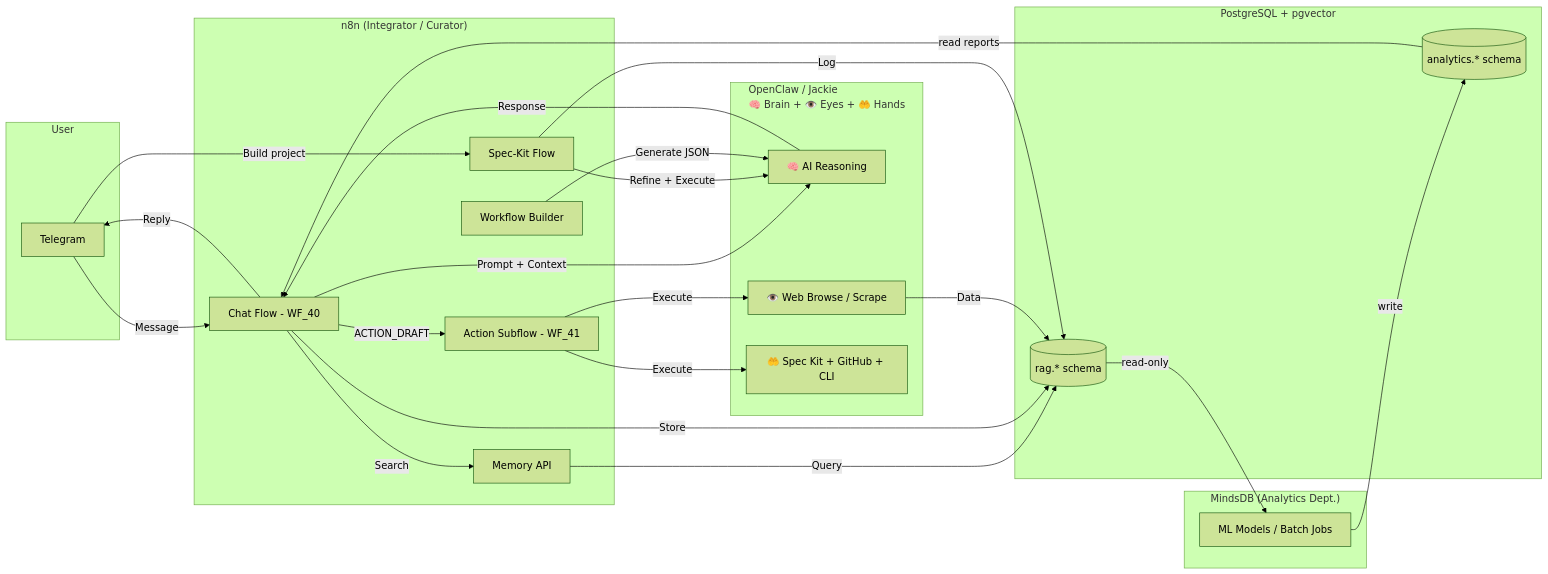
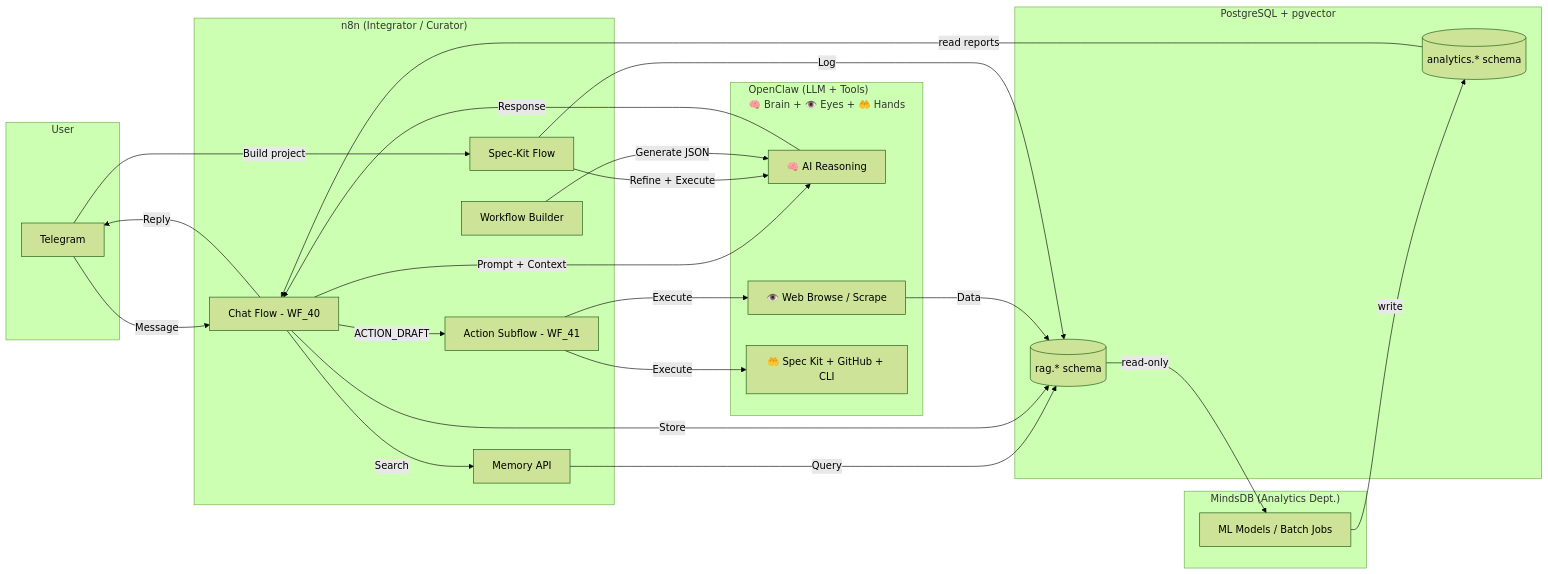
The diagram in README.md (HonzaHezina/janAGI), drawn with Mermaid (forest theme) before and after one commit. The commit also changed other lines of this file and 6 other files, not shown here.

First line of the commit message:
docs: fix OpenClaw/Jackie relationship — OpenClaw is LLM, Jackie is agent persona

````diff
--- a/README.md
+++ b/README.md
@@ -23,53 +26,53 @@
 ```mermaid
 flowchart LR
   subgraph User
     TG[Telegram]
   end
 
   subgraph Integrator["n8n (Integrator / Curator)"]
     CHAT[Chat Flow - WF_40]
     ACTION[Action Subflow - WF_41]
     SPEC[Spec-Kit Flow]
     MEM_API[Memory API]
     BUILDER[Workflow Builder]
   end
 
   subgraph Data["PostgreSQL + pgvector"]
     RAG[(rag.* schema)]
     ANA[(analytics.* schema)]
   end
 
-  subgraph Agent["OpenClaw / Jackie
+  subgraph Agent["OpenClaw (LLM + Tools)
   🧠 Brain + 👁️ Eyes + 🤲 Hands"]
     LLM[🧠 AI Reasoning]
     WEB[👁️ Web Browse / Scrape]
     TOOLS[🤲 Spec Kit + GitHub + CLI]
   end
 
   subgraph Analytics["MindsDB (Analytics Dept.)"]
     ML[ML Models / Batch Jobs]
   end
 
   TG -->|Message| CHAT
   CHAT -->|Search| MEM_API
   MEM_API -->|Query| RAG
   CHAT -->|Prompt + Context| LLM
   LLM -->|Response| CHAT
   CHAT -->|Store| RAG
   CHAT -->|Reply| TG
 
   CHAT -->|ACTION_DRAFT| ACTION
   ACTION -->|Execute| WEB
   ACTION -->|Execute| TOOLS
   WEB -->|Data| RAG
 
   TG -->|"Build project"| SPEC
   SPEC -->|Refine + Execute| LLM
   SPEC -->|Log| RAG
 
   BUILDER -->|Generate JSON| LLM
 
   RAG -->|read-only| ML
   ML -->|write| ANA
   ANA -->|read reports| CHAT
 ```
````
